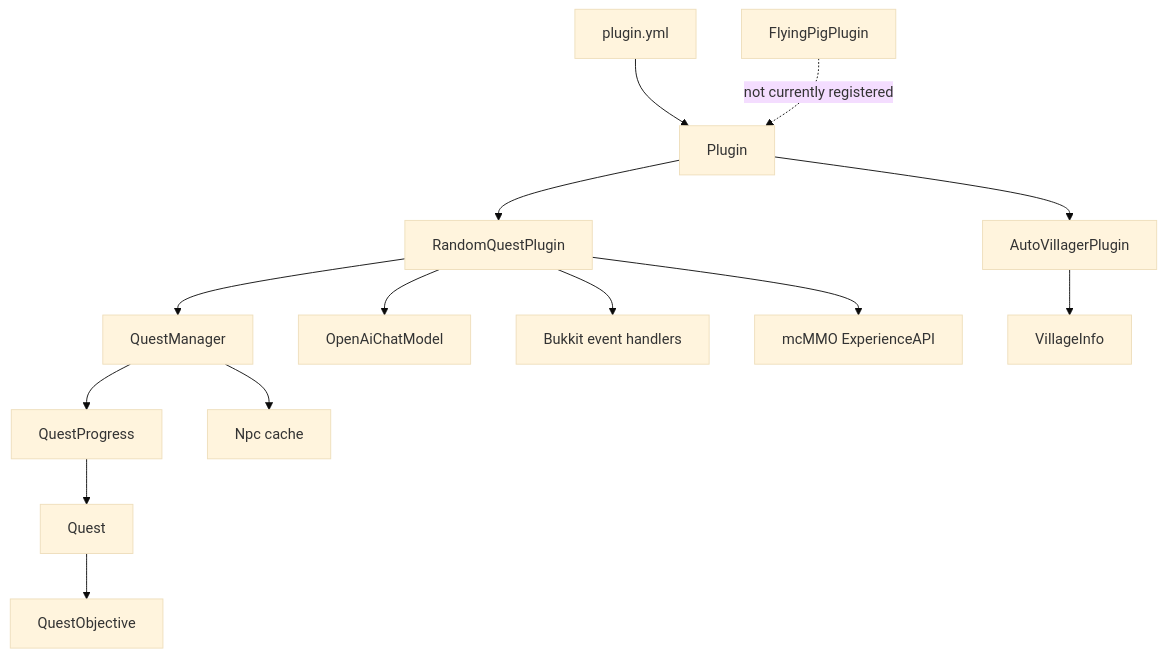
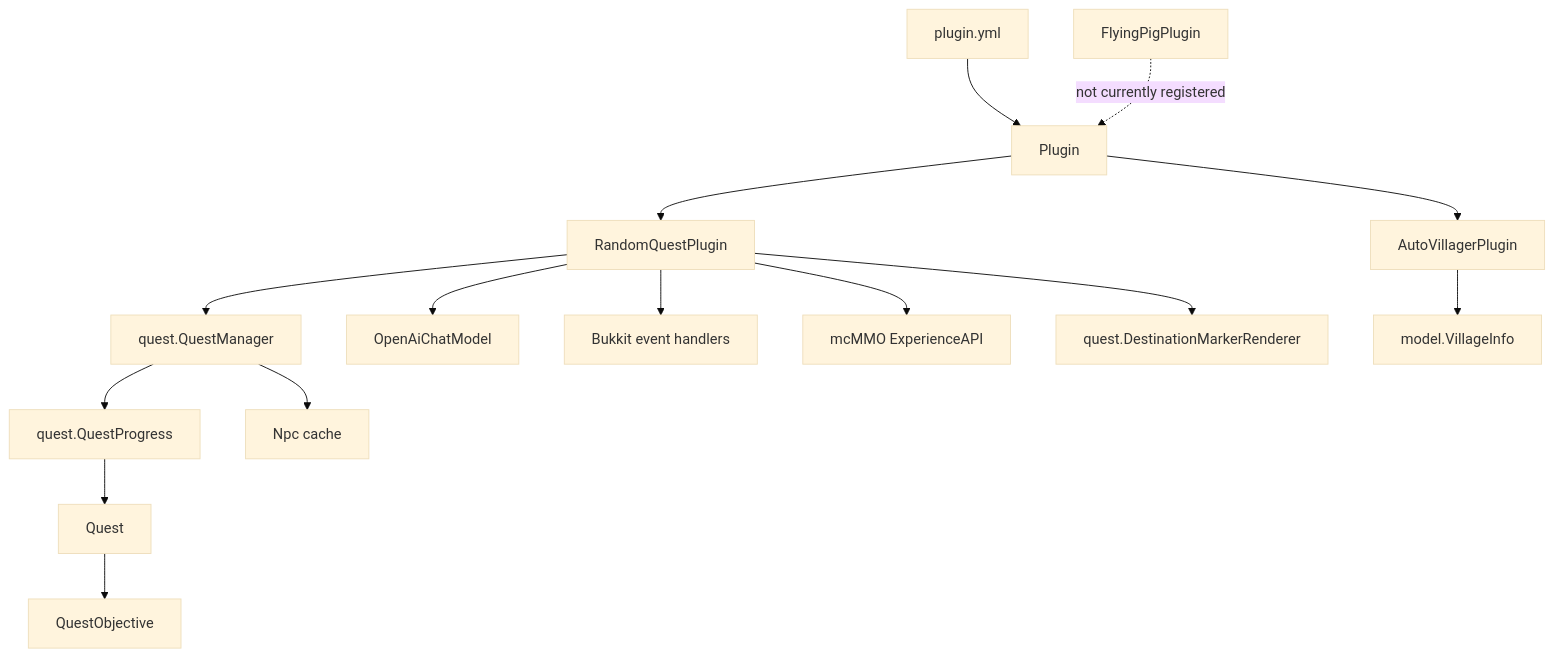
One commit to adeptum-labs/questai changed the first of 3 diagrams in README.md. Above: the diagram before and after it, drawn with Mermaid (base theme). The commit also changed other lines of this file, not shown here.

````diff
--- a/README.md
+++ b/README.md
@@ -27,16 +28,17 @@
 ```mermaid
 flowchart TD
 	PluginYml[plugin.yml] --> Root[Plugin]
 	Root --> AutoVillager[AutoVillagerPlugin]
 	Root --> RandomQuest[RandomQuestPlugin]
-	RandomQuest --> QuestManager[QuestManager]
+	RandomQuest --> QM[quest.QuestManager]
 	RandomQuest --> OpenAI[OpenAiChatModel]
 	RandomQuest --> BukkitEvents[Bukkit event handlers]
 	RandomQuest --> McMMO[mcMMO ExperienceAPI]
-	QuestManager --> QuestProgress[QuestProgress]
-	QuestManager --> Npc[Npc cache]
-	QuestProgress --> Quest[Quest]
+	QM --> QP[quest.QuestProgress]
+	QM --> Npc[Npc cache]
+	QP --> Quest[Quest]
 	Quest --> Objective[QuestObjective]
-	AutoVillager --> VillageInfo[VillageInfo]
+	RandomQuest --> DMR[quest.DestinationMarkerRenderer]
+	AutoVillager --> VillageInfo[model.VillageInfo]
 	FlyingPig[FlyingPigPlugin] -. not currently registered .-> Root
 ```
````
